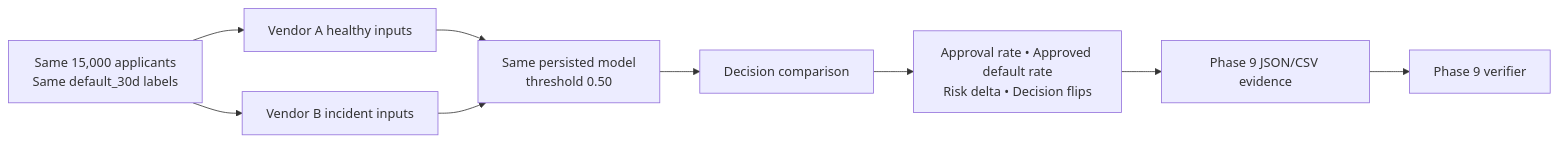
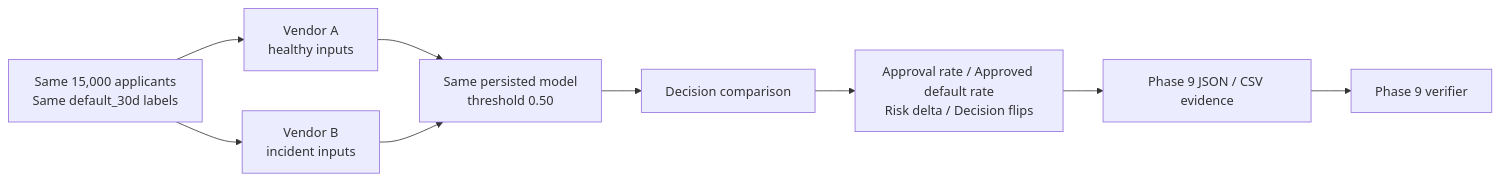
Before and after one commit to Parmodk2310/CreditScorev4-ML-Governance: the diagram in docs/assets/diagrams/phase9-business-impact.mmd, drawn with Mermaid. The commit also changed 8 other files, not shown here.

Commit message:
fix: harden diagram and release metadata contracts

```diff
--- a/docs/assets/diagrams/phase9-business-impact.mmd
+++ b/docs/assets/diagrams/phase9-business-impact.mmd
@@ -1,9 +1,9 @@
 flowchart LR
-  A[Same 15,000 applicants\nSame default_30d labels] --> B[Vendor A healthy inputs]
-  A --> C[Vendor B incident inputs]
-  B --> D[Same persisted model\nthreshold 0.50]
+  A["Same 15,000 applicants<br/>Same default_30d labels"] --> B["Vendor A<br/>healthy inputs"]
+  A --> C["Vendor B<br/>incident inputs"]
+  B --> D["Same persisted model<br/>threshold 0.50"]
   C --> D
-  D --> E[Decision comparison]
-  E --> F[Approval rate • Approved default rate\nRisk delta • Decision flips]
-  F --> G[Phase 9 JSON/CSV evidence]
-  G --> H[Phase 9 verifier]
+  D --> E["Decision comparison"]
+  E --> F["Approval rate / Approved default rate<br/>Risk delta / Decision flips"]
+  F --> G["Phase 9 JSON / CSV evidence"]
+  G --> H["Phase 9 verifier"]
```
